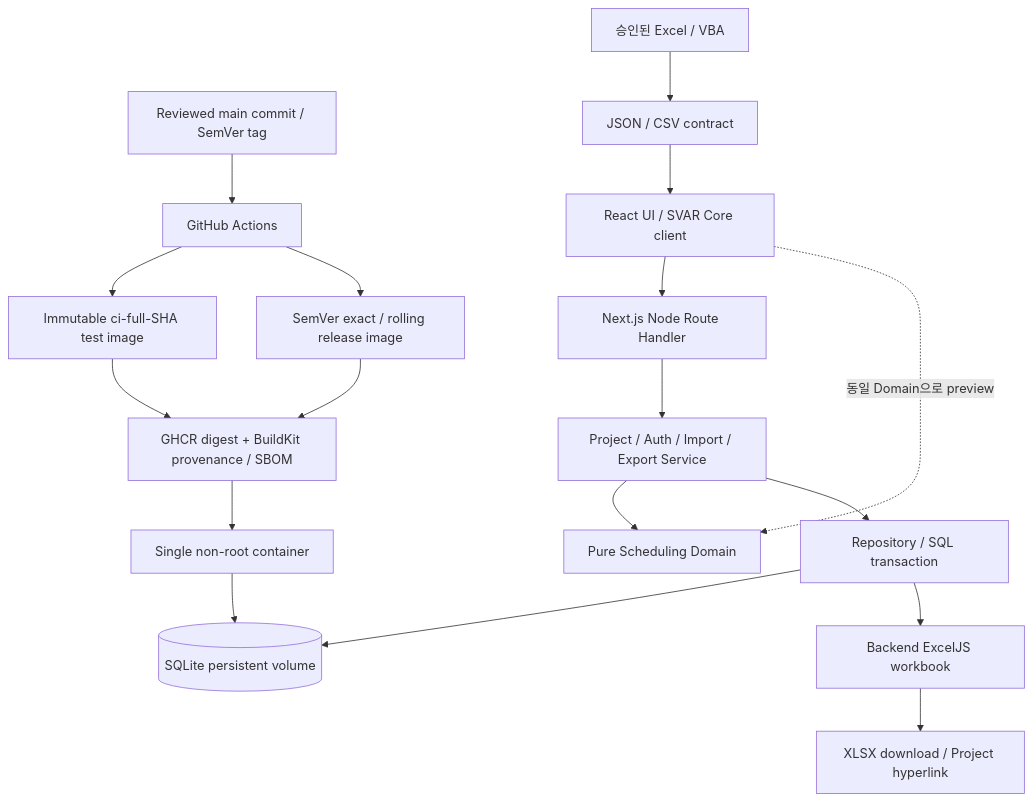
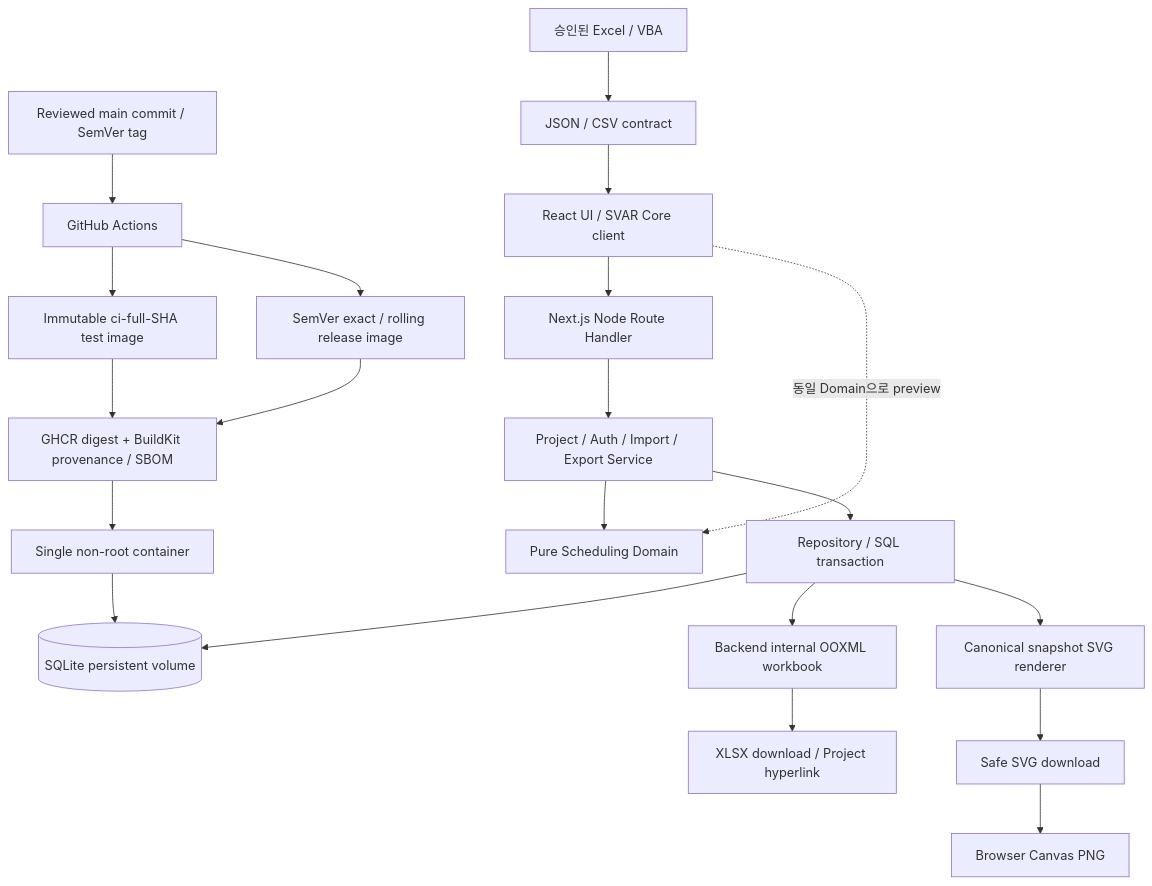
The diagram in docs/ARCHITECTURE.md (planner77/masterGantt), drawn with Mermaid before and after one commit. The commit also changed other lines of this file and 26 other files, not shown here.

Commit message:
feat: rebase #245 SVG/PNG export onto latest main

````diff
--- a/docs/ARCHITECTURE.md
+++ b/docs/ARCHITECTURE.md
@@ -7,20 +7,23 @@
 ```mermaid
 flowchart TD
   Browser[React UI / SVAR Core client] --> API[Next.js Node Route Handler]
   API --> Service[Project / Auth / Import / Export Service]
   Service --> Domain[Pure Scheduling Domain]
   Service --> Repo[Repository / SQL transaction]
   Repo --> DB[(SQLite persistent volume)]
   Git[Reviewed main commit / SemVer tag] --> Actions[GitHub Actions]
   Actions --> CommitImage[Immutable ci-full-SHA test image]
   Actions --> ReleaseImage[SemVer exact / rolling release image]
   CommitImage --> GHCR[GHCR digest + BuildKit provenance / SBOM]
   ReleaseImage --> GHCR
   GHCR --> Runtime[Single non-root container]
   Runtime --> DB
   Browser -. 동일 Domain으로 preview .-> Domain
   Excel[승인된 Excel / VBA] --> File[JSON / CSV contract]
   File --> Browser
-  Repo --> Export[Backend ExcelJS workbook]
+  Repo --> Export[Backend internal OOXML workbook]
   Export --> XLSX[XLSX download / Project hyperlink]
+  Repo --> SvgExport[Canonical snapshot SVG renderer]
+  SvgExport --> SVG[Safe SVG download]
+  SVG --> PNG[Browser Canvas PNG]
 ```
````
